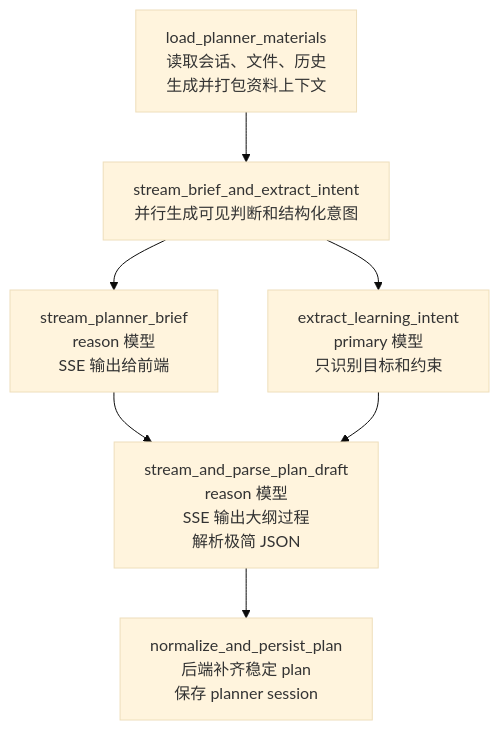
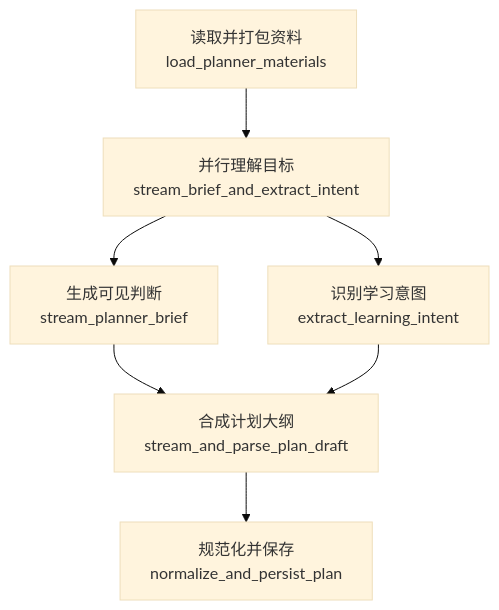
The diagram in backend/app/workflows/digest/planner/README.md (aiteachme/AITeachMe), drawn with Mermaid (base theme) before and after one commit. The commit also changed 5 other files, not shown here.

````diff
--- a/backend/app/workflows/digest/planner/README.md
+++ b/backend/app/workflows/digest/planner/README.md
@@ -27,16 +27,16 @@
 ```mermaid
 flowchart TD
-    A["load_planner_materials<br/>读取会话、文件、历史<br/>生成并打包资料上下文"]
-    B["stream_brief_and_extract_intent<br/>并行生成可见判断和结构化意图"]
-    B1["stream_planner_brief<br/>reason 模型<br/>SSE 输出给前端"]
-    B2["extract_learning_intent<br/>primary 模型<br/>只识别目标和约束"]
-    C["stream_and_parse_plan_draft<br/>reason 模型<br/>SSE 输出大纲过程<br/>解析极简 JSON"]
-    D["normalize_and_persist_plan<br/>后端补齐稳定 plan<br/>保存 planner session"]
+    A["读取并打包资料<br/>load_planner_materials"]
+    B["并行理解目标<br/>stream_brief_and_extract_intent"]
+    B1["生成可见判断<br/>stream_planner_brief"]
+    B2["识别学习意图<br/>extract_learning_intent"]
+    C["合成计划大纲<br/>stream_and_parse_plan_draft"]
+    D["规范化并保存<br/>normalize_and_persist_plan"]
 
     A --> B
     B --> B1
     B --> B2
     B1 --> C
     B2 --> C
     C --> D
 ```
````
